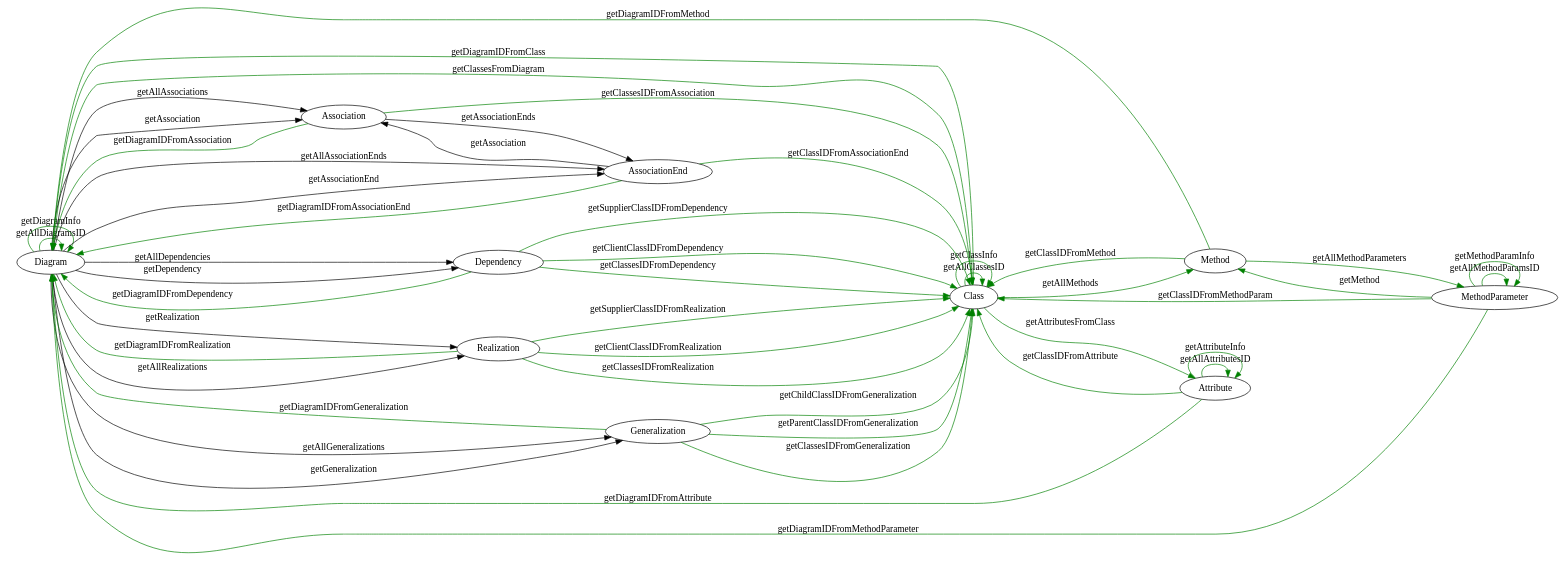
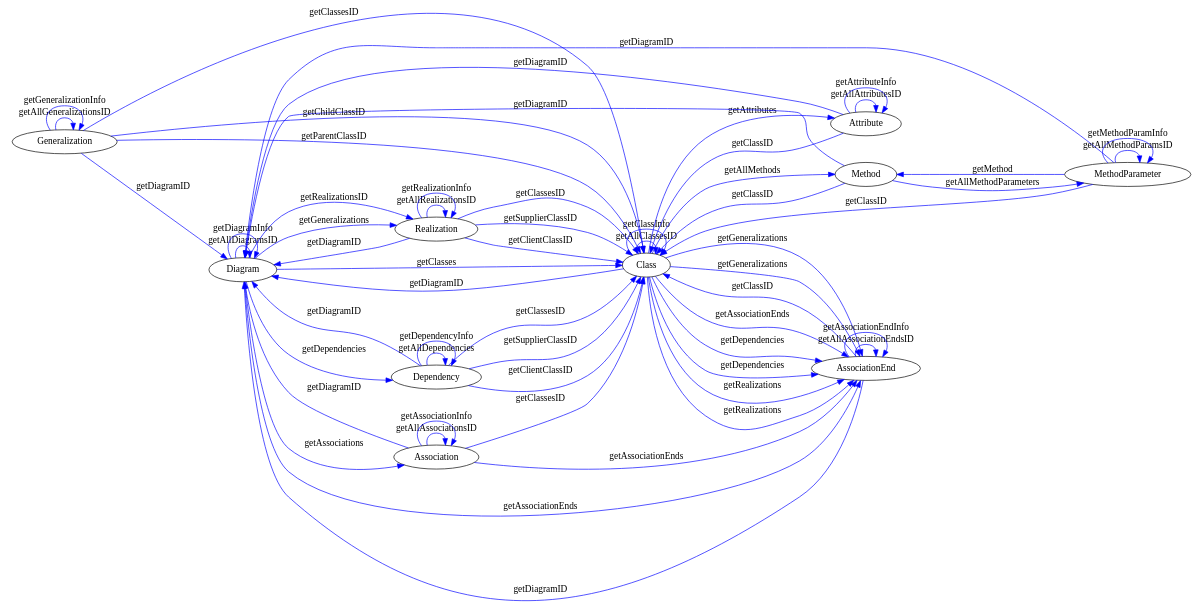
Before and after one commit to sbucaille/restlindholmen: the diagram in pathModelisation.dot, drawn with Graphviz. The commit also changed 1 other file, not shown here.

```diff
--- a/pathModelisation.dot
+++ b/pathModelisation.dot
@@ -1,82 +1,82 @@
 digraph Automaton {
 rankdir = LR
 0 [label = "Diagram"];
 1 [label = "Class"];
 2 [label = "Attribute"];
 3 [label = "Method"];
 4 [label = "MethodParameter"];
 5 [label = "Association"];
 6 [label = "AssociationEnd"];
 7 [label = "Dependency"];
 8 [label = "Realization"];
 9 [label = "Generalization"];
 
-0 -> 0 [label = "getAllDiagramsID" color="green"]
-0 -> 0 [label = "getDiagramInfo" color="green"]
-1 -> 0 [label = "getDiagramIDFromClass" color="green"]
-2 -> 0 [label = "getDiagramIDFromAttribute" color="green"]
-3 -> 0 [label = "getDiagramIDFromMethod" color="green"]
-4 -> 0 [label = "getDiagramIDFromMethodParameter" color="green"]
-5 -> 0 [label = "getDiagramIDFromAssociation" color="green"]
-6 -> 0 [label = "getDiagramIDFromAssociationEnd" color="green"]
-7 -> 0 [label = "getDiagramIDFromDependency" color="green"]
-8 -> 0 [label = "getDiagramIDFromRealization" color="green"]
-9 -> 0 [label = "getDiagramIDFromGeneralization" color="green"]
+0 -> 0 [label = "getAllDiagramsID" color="blue"]
+0 -> 0 [label = "getDiagramInfo" color="blue"]
+1 -> 0 [label = "getDiagramID" color="blue"]
+2 -> 0 [label = "getDiagramID" color="blue"]
+3 -> 0 [label = "getDiagramID" color="blue"]
+4 -> 0 [label = "getDiagramID" color="blue"]
+5 -> 0 [label = "getDiagramID" color="blue"]
+6 -> 0 [label = "getDiagramID" color="blue"]
+7 -> 0 [label = "getDiagramID" color="blue"]
+8 -> 0 [label = "getDiagramID" color="blue"]
+9 -> 0 [label = "getDiagramID" color="blue"]
 
-1 -> 1 [label = "getAllClassesID" color="green"]
-1 -> 1 [label = "getClassInfo" color="green"]
-0 -> 1 [label = "getClassesFromDiagram" color="green"]
-2 -> 1 [label = "getClassIDFromAttribute" color="green"]
-3 -> 1 [label = "getClassIDFromMethod" color="green"]
-4 -> 1 [label = "getClassIDFromMethodParam" color="green"]
-5 -> 1 [label = "getClassesIDFromAssociation" color="green"] //Get the two classes associated
-6 -> 1 [label = "getClassIDFromAssociationEnd" color="green"]
-7 -> 1 [label = "getClassesIDFromDependency" color="green"]
-7 -> 1 [label = "getSupplierClassIDFromDependency" color="green"]
-7 -> 1 [label = "getClientClassIDFromDependency" color="green"]
-8 -> 1 [label = "getClassesIDFromRealization" color="green"]
-8 -> 1 [label = "getSupplierClassIDFromRealization" color="green"]
-8 -> 1 [label = "getClientClassIDFromRealization" color="green"]
-9 -> 1 [label = "getClassesIDFromGeneralization" color="green"]
-9 -> 1 [label = "getChildClassIDFromGeneralization" color="green"]
-9 -> 1 [label = "getParentClassIDFromGeneralization" color="green"]
+1 -> 1 [label = "getAllClassesID" color="blue"]
+1 -> 1 [label = "getClassInfo" color="blue"]
+0 -> 1 [label = "getClasses" color="blue"]
+2 -> 1 [label = "getClassID" color="blue"]
+3 -> 1 [label = "getClassID" color="blue"]
+4 -> 1 [label = "getClassID" color="blue"]
+5 -> 1 [label = "getClassesID" color="blue"] //Get the two classes associated
+6 -> 1 [label = "getClassID" color="blue"]
+7 -> 1 [label = "getClassesID" color="blue"]
+7 -> 1 [label = "getSupplierClassID" color="blue"]
+7 -> 1 [label = "getClientClassID" color="blue"]
+8 -> 1 [label = "getClassesID" color="blue"]
+8 -> 1 [label = "getSupplierClassID" color="blue"]
+8 -> 1 [label = "getClientClassID" color="blue"]
+9 -> 1 [label = "getClassesID" color="blue"]
+9 -> 1 [label = "getChildClassID" color="blue"]
+9 -> 1 [label = "getParentClassID" color="blue"]
 
-2 -> 2 [label = "getAllAttributesID" color="green"]
-2 -> 2 [label = "getAttributeInfo" color="green"]
-1 -> 2 [label = "getAttributesFromClass" color="green"]
+2 -> 2 [label = "getAllAttributesID" color="blue"]
+2 -> 2 [label = "getAttributeInfo" color="blue"]
+1 -> 2 [label = "getAttributes" color="blue"]
 
-1 -> 3 [label = "getAllMethods" color="green"]
-4 -> 3 [label = "getMethod" color="green"]
+1 -> 3 [label = "getAllMethods" color="blue"]
+4 -> 3 [label = "getMethod" color="blue"]
 
-4 -> 4 [label = "getAllMethodParamsID" color="green"]
-4 -> 4 [label = "getMethodParamInfo" color="green"]
-3 -> 4 [label = "getAllMethodParameters" color="green"]
+4 -> 4 [label = "getAllMethodParamsID" color="blue"]
+4 -> 4 [label = "getMethodParamInfo" color="blue"]
+3 -> 4 [label = "getAllMethodParameters" color="blue"]
 
-0 -> 5 [label = "getAllAssociations"]
-0 -> 5 [label = "getAssociation"]
+5 -> 5 [label = "getAllAssociationsID" color="blue"]
+5 -> 5 [label = "getAssociationInfo" color="blue"]
+0 -> 5 [label = "getAssociations" color="blue"]
 
-0 -> 6 [label = "getAllAssociationEnds"]
-0 -> 6 [label = "getAssociationEnd"]
-0 -> 7 [label = "getAllDependencies"]
-0 -> 7 [label = "getDependency"]
-0 -> 8 [label = "getAllRealizations"]
-0 -> 8 [label = "getRealization"]
-0 -> 9 [label = "getAllGeneralizations"]
-0 -> 9 [label = "getGeneralization"]
+6 -> 6 [label = "getAllAssociationEndsID" color="blue"]
+6 -> 6 [label = "getAssociationEndInfo" color="blue"]
+0 -> 6 [label = "getAssociationEnds" color="blue"]
+1 -> 6 [label = "getAssociationEnds" color="blue"]
+5 -> 6 [label = "getAssociationEnds" color="blue"]
 
+7 -> 7 [label = "getAllDependencies" color="blue"]
+7 -> 7 [label = "getDependencyInfo" color="blue"]
+0 -> 7 [label = "getDependencies" color="blue"]
+1 -> 6 [label = "getDependencies" color="blue"]
+1 -> 6 [label = "getDependencies" color="blue"]
 
+8 -> 8 [label = "getAllRealizationsID" color="blue"]
+8 -> 8 [label = "getRealizationInfo" color="blue"]
+0 -> 8 [label = "getRealizationsID" color="blue"]
+1 -> 6 [label = "getRealizations" color="blue"]
+1 -> 6 [label = "getRealizations" color="blue"]
 
-
-
-
-
-
-
-5 -> 6 [label = "getAssociationEnds"]
-
-6 -> 5 [label = "getAssociation"]
-
-
-
-
+9 -> 9 [label = "getAllGeneralizationsID" color="blue"]
+9 -> 9 [label = "getGeneralizationInfo" color="blue"]
+0 -> 8 [label = "getGeneralizations" color="blue"]
+1 -> 6 [label = "getGeneralizations" color="blue"]
+1 -> 6 [label = "getGeneralizations" color="blue"]
 }
```
